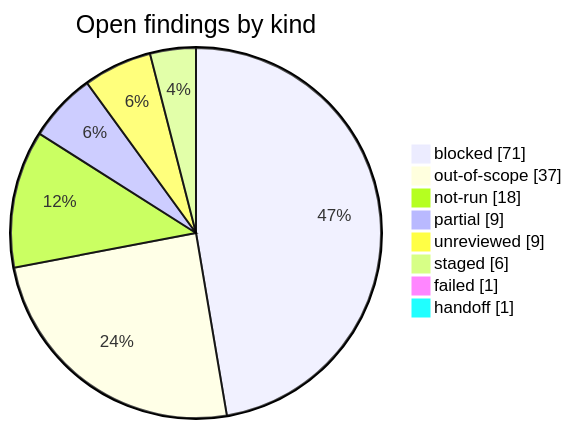
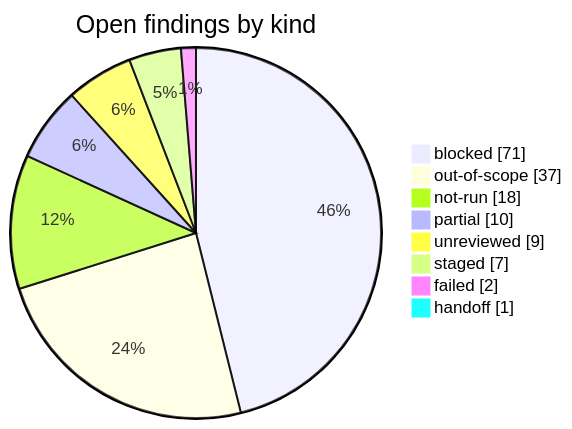
Before and after one commit to korczis/OpenTTD: the diagram in research/open-findings.md, drawn with Mermaid. The commit also changed other lines of this file and 12 other files, not shown here.

````diff
--- a/research/open-findings.md
+++ b/research/open-findings.md
@@ -36,12 +36,12 @@
 ```mermaid
 pie showData title Open findings by kind
     %% links: open-findings.md?col=Kind&filter=blocked#findings | open-findings.md?col=Kind&filter=out-of-scope#findings | open-findings.md?col=Kind&filter=not-run#findings | open-findings.md?col=Kind&filter=partial#findings | open-findings.md?col=Kind&filter=unreviewed#findings | open-findings.md?col=Kind&filter=staged#findings | open-findings.md?col=Kind&filter=failed#findings | open-findings.md?col=Kind&filter=handoff#findings
     "blocked" : 71
     "out-of-scope" : 37
     "not-run" : 18
-    "partial" : 9
+    "partial" : 10
     "unreviewed" : 9
-    "staged" : 6
-    "failed" : 1
+    "staged" : 7
+    "failed" : 2
     "handoff" : 1
 ```
````
